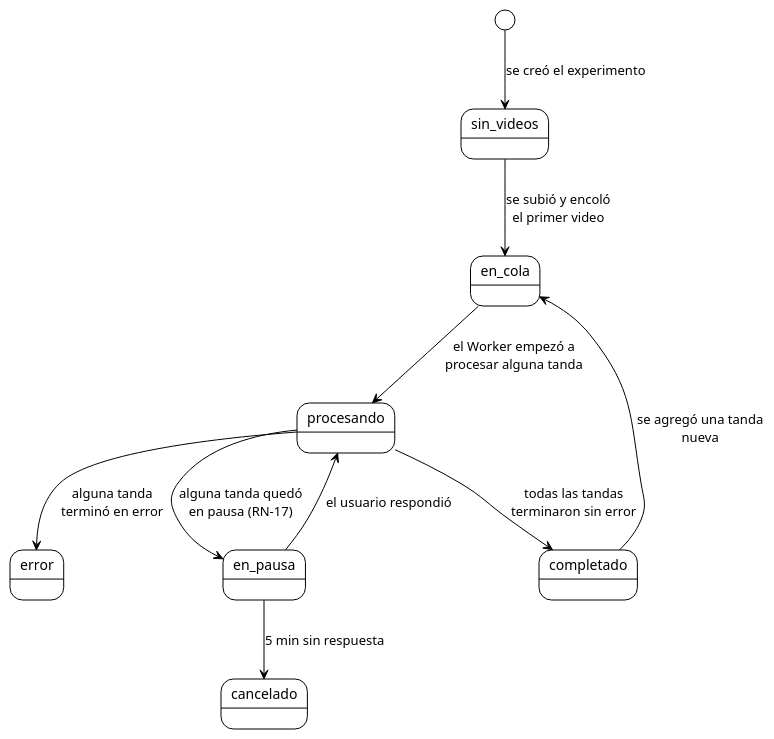
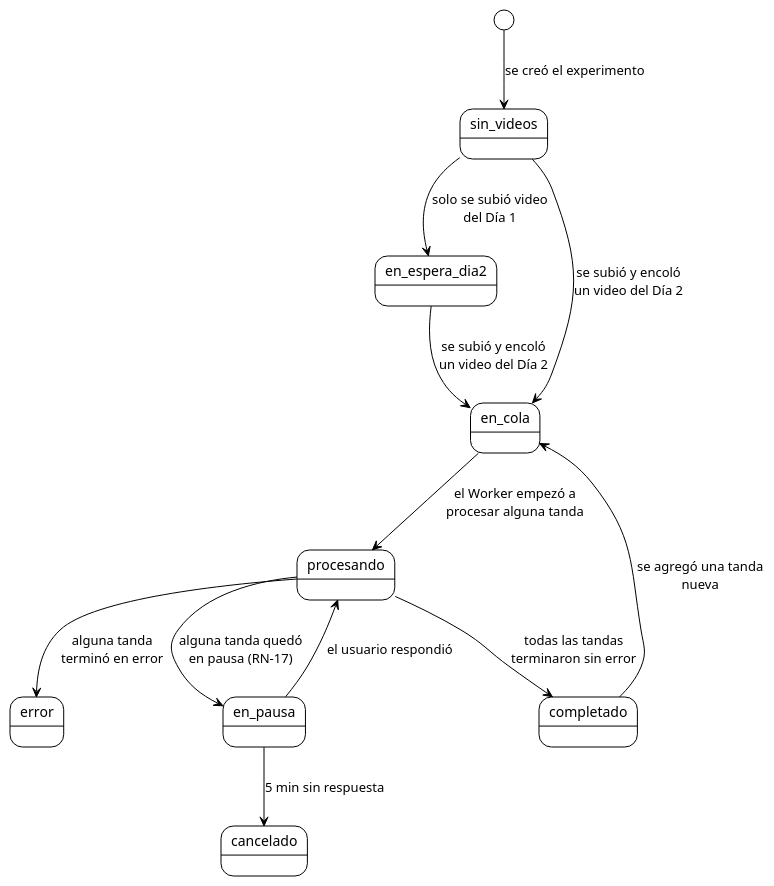
Diagram 15 of 38 in INSTRUCCIONES-WEB.md (ErickJester/fst-ai-system-latex), drawn with PlantUML before and after one commit. The commit also changed other lines of this file and 29 other files, not shown here.

````diff
--- a/INSTRUCCIONES-WEB.md
+++ b/INSTRUCCIONES-WEB.md
@@ -1658,18 +1661,20 @@
 ```plantuml
 @startuml estados_experimento
 !theme plain
 skinparam defaultFontName Arial
 skinparam shadowing false
 ' El estado del experimento NO se guarda: se calcula a partir de los
 ' analisis de todas sus tandas. Precedencia: error > cancelado > en pausa > procesando > en cola > completado.
 [*] --> sin_videos : se creó el experimento
-sin_videos --> en_cola : se subió y encoló\nel primer video
+sin_videos --> en_espera_dia2 : solo se subió video\ndel Día 1
+sin_videos --> en_cola : se subió y encoló\nun video del Día 2
+en_espera_dia2 --> en_cola : se subió y encoló\nun video del Día 2
 en_cola --> procesando : el Worker empezó a\nprocesar alguna tanda
 procesando --> completado : todas las tandas\nterminaron sin error
 procesando --> error : alguna tanda\nterminó en error
 procesando --> en_pausa : alguna tanda quedó\nen pausa (RN-17)
 en_pausa --> procesando : el usuario respondió
 en_pausa --> cancelado : 5 min sin respuesta
 completado --> en_cola : se agregó una tanda\nnueva
 @enduml
 ```
````
